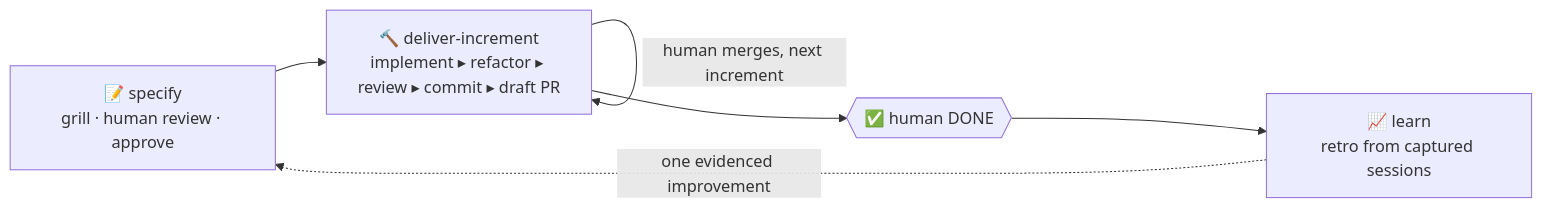
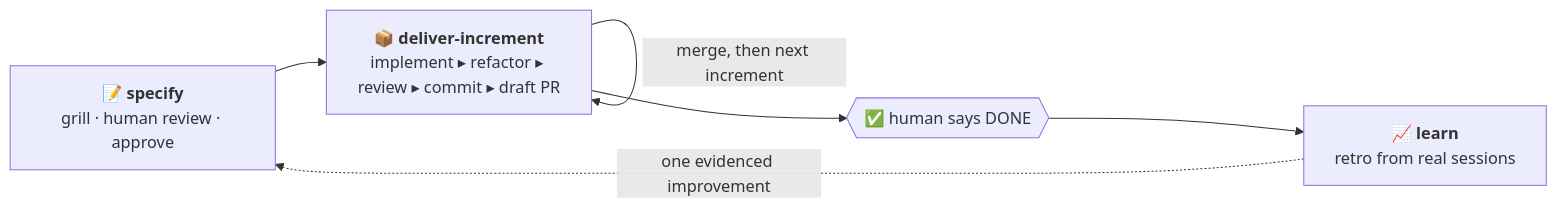
Before and after one commit to Amirault/DevGate: the diagram in README.md, drawn with Mermaid. The commit also changed other lines of this file, not shown here.

````diff
--- a/README.md
+++ b/README.md
@@ -44,8 +19,8 @@
 ```mermaid
 flowchart LR
-    S["📝 specify<br/>grill · human review · approve"] --> I["🔨 deliver-increment<br/>implement ▸ refactor ▸ review ▸ commit ▸ draft PR"]
-    I -- "human merges, next increment" --> I
-    I --> D{{"✅ human DONE"}}
-    D --> L["📈 learn<br/>retro from captured sessions"]
-    L -. "one evidenced improvement" .-> S
+    A["📝 <b>specify</b><br/>grill · human review · approve"] --> B["📦 <b>deliver-increment</b><br/>implement ▸ refactor ▸ review ▸ commit ▸ draft PR"]
+    B -- "merge, then next increment" --> B
+    B --> C{{"✅ human says DONE"}}
+    C --> D["📈 <b>learn</b><br/>retro from real sessions"]
+    D -. "one evidenced improvement" .-> A
 ```
````
